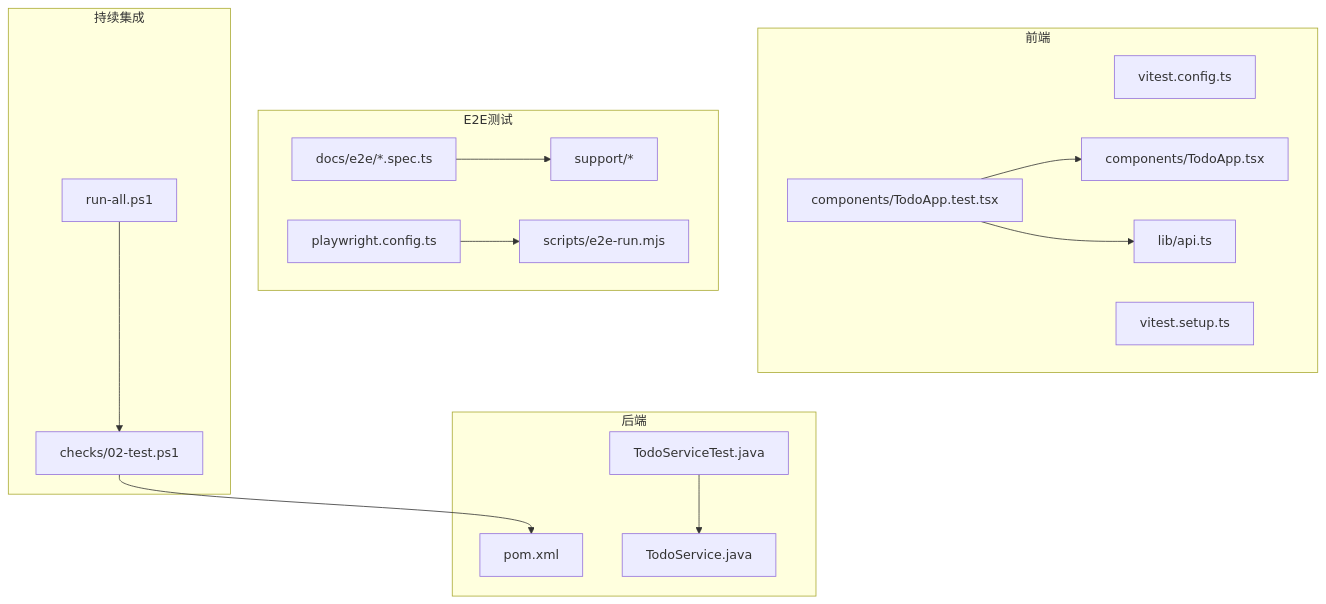
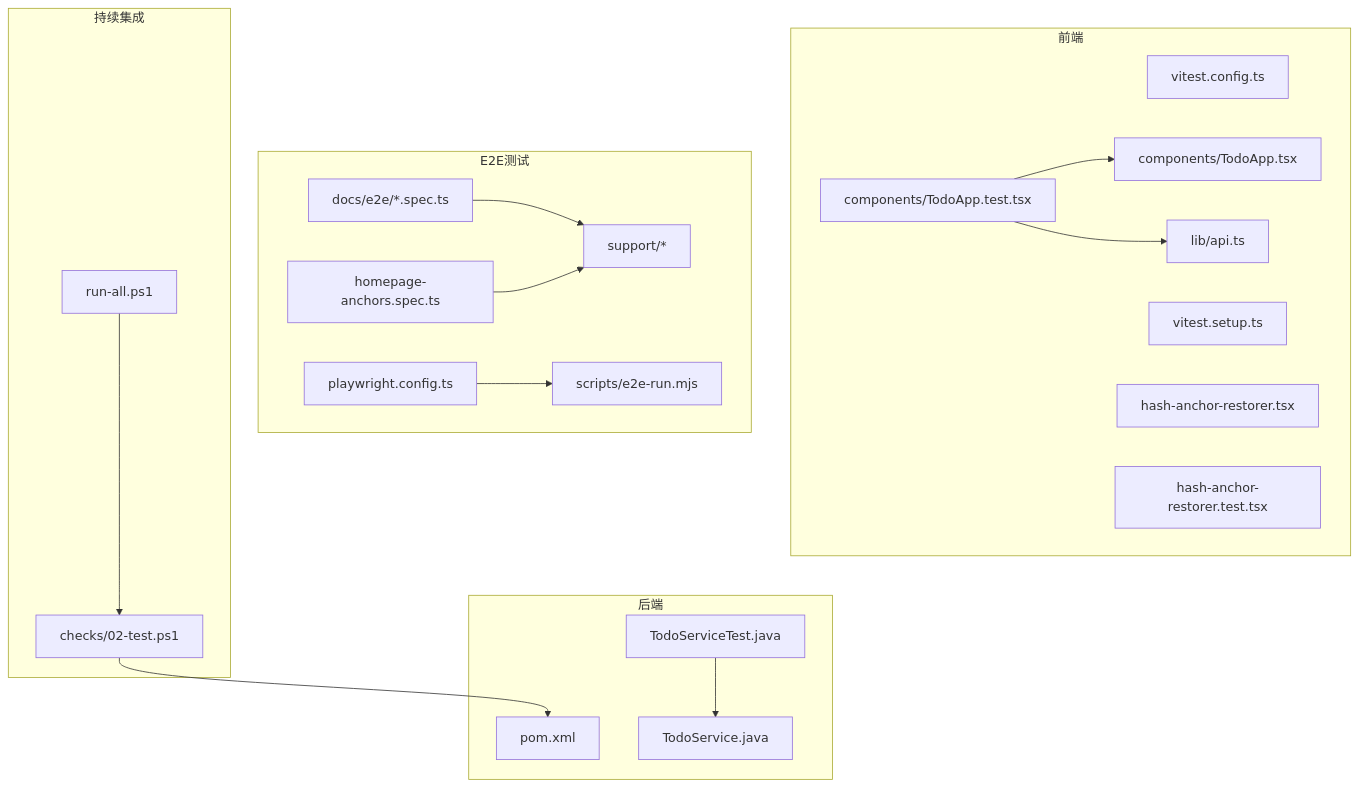
One commit to luyitiger6/my-first-project changed the first of 9 diagrams in .qoder/repowiki/zh/content/测试策略.md. Above: the diagram before and after it, drawn with Mermaid. The commit also changed other lines of this file and 42 other files, not shown here.

````diff
--- a/.qoder/repowiki/zh/content/测试策略.md
+++ b/.qoder/repowiki/zh/content/测试策略.md
@@ -59,32 +67,36 @@
 ```mermaid
 graph TB
 subgraph "后端"
 B_POM["pom.xml"]
 B_Service["TodoService.java"]
 B_Test["TodoServiceTest.java"]
 end
 subgraph "前端"
 F_Config["vitest.config.ts"]
 F_Setup["vitest.setup.ts"]
 F_Api["lib/api.ts"]
 F_Component["components/TodoApp.tsx"]
 F_Test["components/TodoApp.test.tsx"]
+F_Anchor["hash-anchor-restorer.tsx"]
+F_Anchor_Test["hash-anchor-restorer.test.tsx"]
 end
 subgraph "E2E测试"
 PW_Config["playwright.config.ts"]
 PW_Scripts["scripts/e2e-run.mjs"]
 PW_E2E["docs/e2e/*.spec.ts"]
 PW_Support["support/*"]
+PW_Ancors["homepage-anchors.spec.ts"]
 end
 subgraph "持续集成"
 H_Run["run-all.ps1"]
 H_TestGate["checks/02-test.ps1"]
 end
 B_Test --> B_Service
 F_Test --> F_Component
 F_Test --> F_Api
 PW_E2E --> PW_Support
+PW_Ancors --> PW_Support
 PW_Config --> PW_Scripts
 H_Run --> H_TestGate
 H_TestGate --> B_POM
 ```
````
